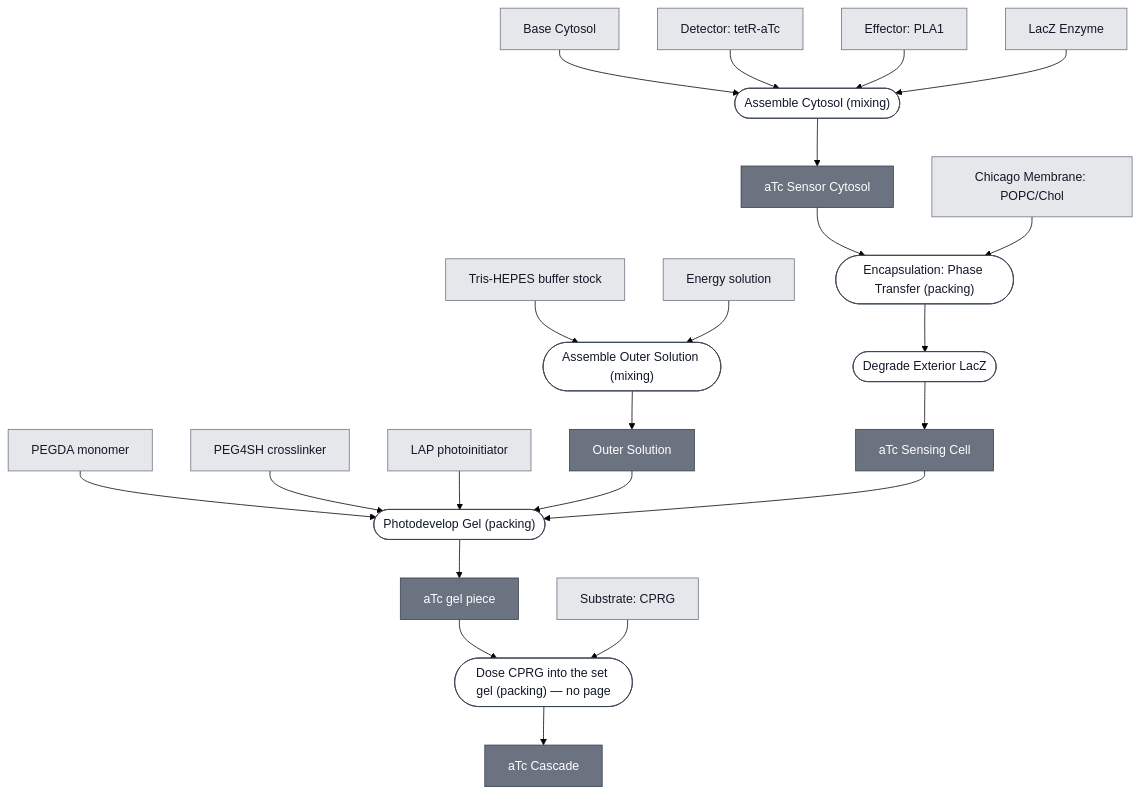
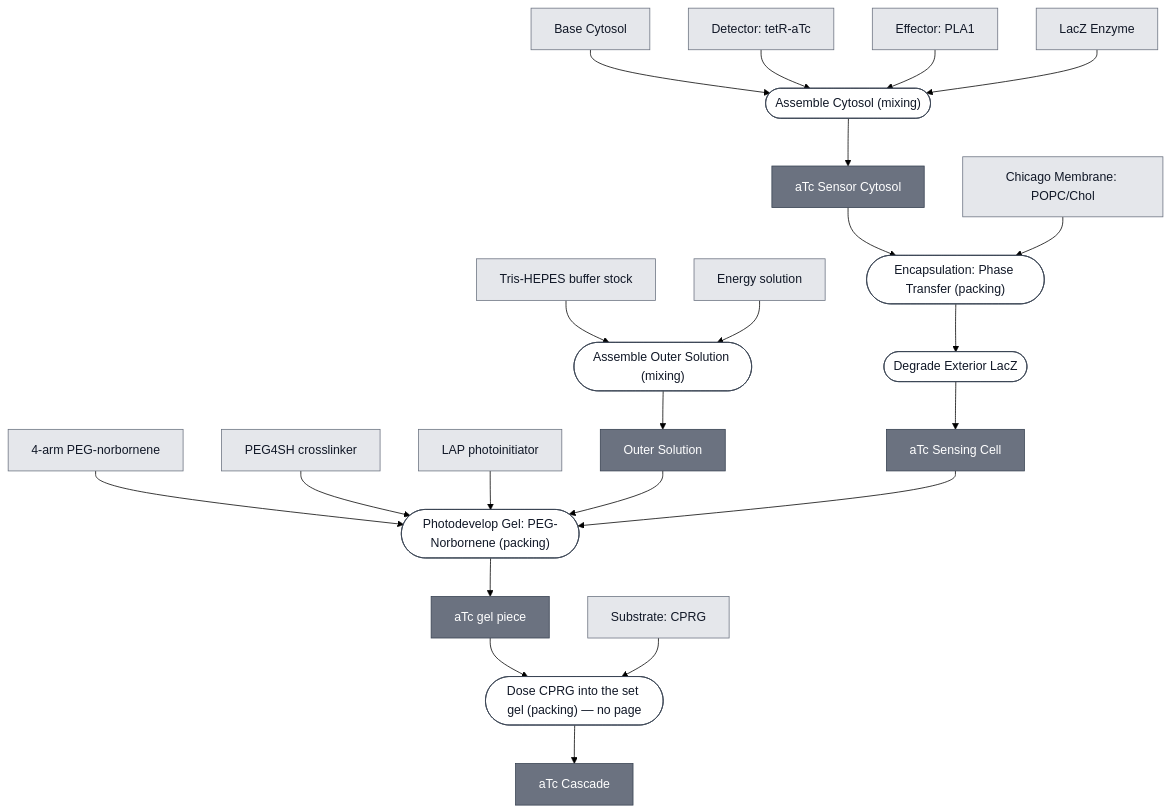
Before and after one commit to nucleus-eng/nucleus-docs: the diagram in docs/modules/atc-cascade/spec.md, drawn with Mermaid (forest theme). The commit also changed 5 other files, not shown here.

````diff
--- a/docs/modules/atc-cascade/spec.md
+++ b/docs/modules/atc-cascade/spec.md
@@ -34,76 +34,76 @@
 ```mermaid
 flowchart TD
     BASE_CYTOSOL["Base Cytosol"]
     DETECTOR_TETR_ATC["Detector: tetR-aTc"]
     EFFECTOR_PLA1["Effector: PLA1"]
     REPORTER_LACZ_ENZYME["LacZ Enzyme"]
     MEMBRANE_CHICAGO["Chicago Membrane: POPC/Chol"]
     SUBSTRATE_CPRG["Substrate: CPRG"]
     TRIS_HEPES_STOCK["Tris-HEPES buffer stock"]
     ENERGY_SOLUTION["Energy solution"]
-    PEGDA_MONOMER["PEGDA monomer"]
+    PEG_NORBORNENE_MONOMER["4-arm PEG-norbornene"]
     PEG4SH["PEG4SH crosslinker"]
     LAP["LAP photoinitiator"]
 
     P1_ASSEMBLE_OUTER_SOLUTION_0(["Assemble Outer Solution (mixing)"])
     CHICAGO_OUTER_SOLUTION["Outer Solution"]
     P2_ASSEMBLE_CYTOSOL_0(["Assemble Cytosol (mixing)"])
     ATC_SENSOR_CYTOSOL["aTc Sensor Cytosol"]
     P3_ENCAPSULATE_0(["Encapsulation: Phase Transfer (packing)"])
     P3_ENCAPSULATE_1(["Degrade Exterior LacZ"])
     ATC_SENSING_CELL["aTc Sensing Cell"]
-    P4_PHOTODEVELOP_GEL_0(["Photodevelop Gel (packing)"])
+    P4_PHOTODEVELOP_GEL_0(["Photodevelop Gel: PEG-Norbornene (packing)"])
     ATC_GEL["aTc gel piece"]
     P5_DOSE_CPRG_0(["Dose CPRG into the set gel (packing) — no page"])
     ATC_CASCADE["aTc Cascade"]
 
     TRIS_HEPES_STOCK --> P1_ASSEMBLE_OUTER_SOLUTION_0
     ENERGY_SOLUTION --> P1_ASSEMBLE_OUTER_SOLUTION_0
     P1_ASSEMBLE_OUTER_SOLUTION_0 --> CHICAGO_OUTER_SOLUTION
 
     BASE_CYTOSOL --> P2_ASSEMBLE_CYTOSOL_0
     DETECTOR_TETR_ATC --> P2_ASSEMBLE_CYTOSOL_0
     EFFECTOR_PLA1 --> P2_ASSEMBLE_CYTOSOL_0
     REPORTER_LACZ_ENZYME --> P2_ASSEMBLE_CYTOSOL_0
     P2_ASSEMBLE_CYTOSOL_0 --> ATC_SENSOR_CYTOSOL
 
     ATC_SENSOR_CYTOSOL --> P3_ENCAPSULATE_0
     MEMBRANE_CHICAGO --> P3_ENCAPSULATE_0
     P3_ENCAPSULATE_0 --> P3_ENCAPSULATE_1
     P3_ENCAPSULATE_1 --> ATC_SENSING_CELL
 
-    PEGDA_MONOMER --> P4_PHOTODEVELOP_GEL_0
+    PEG_NORBORNENE_MONOMER --> P4_PHOTODEVELOP_GEL_0
     PEG4SH --> P4_PHOTODEVELOP_GEL_0
     LAP --> P4_PHOTODEVELOP_GEL_0
     CHICAGO_OUTER_SOLUTION --> P4_PHOTODEVELOP_GEL_0
     ATC_SENSING_CELL --> P4_PHOTODEVELOP_GEL_0
     P4_PHOTODEVELOP_GEL_0 --> ATC_GEL
 
     ATC_GEL --> P5_DOSE_CPRG_0
     SUBSTRATE_CPRG --> P5_DOSE_CPRG_0
     P5_DOSE_CPRG_0 --> ATC_CASCADE
 
 
     classDef leaf     fill:#e5e7eb,stroke:#6b7280,color:#111827;
     classDef composed fill:#6b7280,stroke:#374151,color:#ffffff;
     classDef process  fill:#ffffff,stroke:#374151,color:#111827;
-    class BASE_CYTOSOL,DETECTOR_TETR_ATC,EFFECTOR_PLA1,REPORTER_LACZ_ENZYME,MEMBRANE_CHICAGO,SUBSTRATE_CPRG,TRIS_HEPES_STOCK,ENERGY_SOLUTION,PEGDA_MONOMER,PEG4SH,LAP leaf;
+    class BASE_CYTOSOL,DETECTOR_TETR_ATC,EFFECTOR_PLA1,REPORTER_LACZ_ENZYME,MEMBRANE_CHICAGO,SUBSTRATE_CPRG,TRIS_HEPES_STOCK,ENERGY_SOLUTION,PEG_NORBORNENE_MONOMER,PEG4SH,LAP leaf;
     class CHICAGO_OUTER_SOLUTION,ATC_SENSOR_CYTOSOL,ATC_SENSING_CELL,ATC_GEL,ATC_CASCADE composed;
     class P1_ASSEMBLE_OUTER_SOLUTION_0,P2_ASSEMBLE_CYTOSOL_0,P3_ENCAPSULATE_0,P3_ENCAPSULATE_1,P4_PHOTODEVELOP_GEL_0,P5_DOSE_CPRG_0 process;
 
     click BASE_CYTOSOL "/docs/modules/base-cytosol/spec"
     click DETECTOR_TETR_ATC "/docs/modules/detector-tetr-atc/spec"
     click EFFECTOR_PLA1 "/docs/modules/effector-pla1/spec"
     click REPORTER_LACZ_ENZYME "/docs/modules/reporter-lacz-enzyme/spec"
     click MEMBRANE_CHICAGO "/docs/modules/membrane-popc-chol-chicago/spec"
     click SUBSTRATE_CPRG "/docs/modules/substrate-cprg/spec"
-    click PEGDA_MONOMER "/docs/modules/gel-pegda/spec"
+    click PEG_NORBORNENE_MONOMER "/docs/modules/gel-peg-norbornene/spec"
     click P1_ASSEMBLE_OUTER_SOLUTION_0 "/docs/processes/assemble-outer-solution/main"
     click P2_ASSEMBLE_CYTOSOL_0 "/docs/processes/assemble-cytosol/assemble-cytosol-main"
     click ATC_SENSOR_CYTOSOL "/docs/modules/atc-sensor-cytosol/spec"
     click P3_ENCAPSULATE_0 "/docs/processes/assemble-base-cell/main"
     click P3_ENCAPSULATE_1 "/docs/processes/degrade-exterior-lacz/main"
     click ATC_SENSING_CELL "/docs/modules/atc-sensing-cell/spec"
-    click P4_PHOTODEVELOP_GEL_0 "/docs/processes/photodevelop-gel/photodevelop-gel-main"
+    click P4_PHOTODEVELOP_GEL_0 "/docs/processes/photodevelop-peg-norbornene/main"
     click ATC_CASCADE "/docs/modules/atc-cascade/spec"
 ```
````
